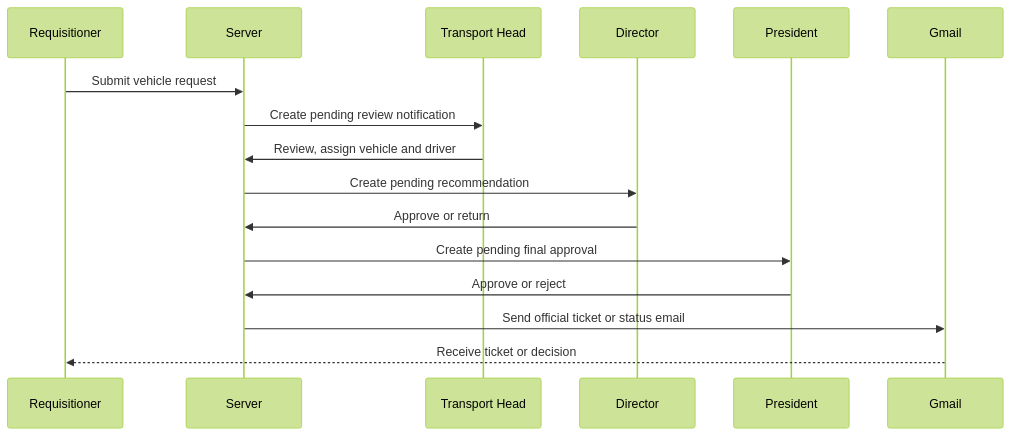
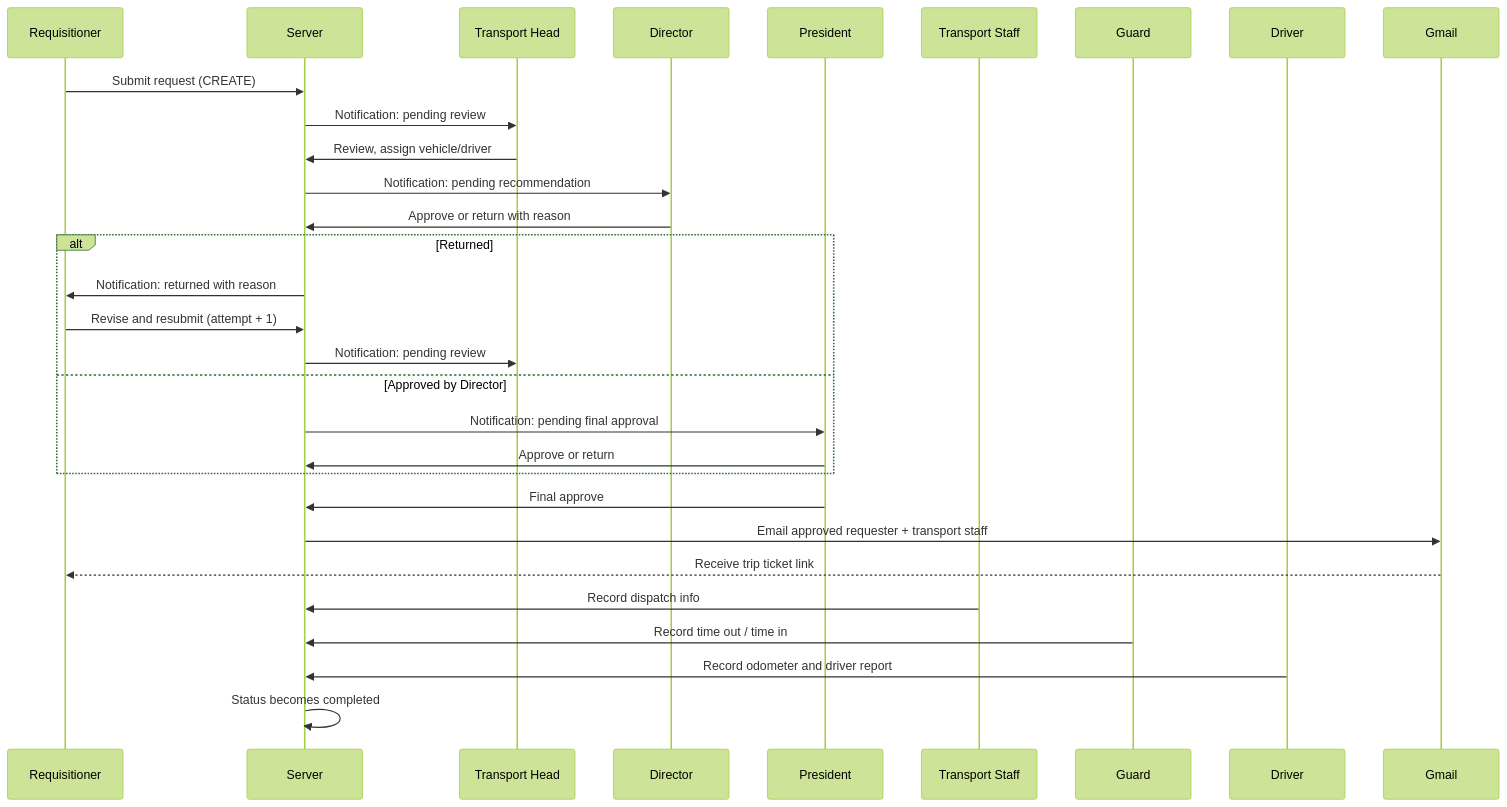
The fourth of 9 diagrams in docs/technical/architecture.mdx (Tyzon19/loahrdo-team), drawn with Mermaid (forest theme) before and after one commit. The commit also changed other lines of this file and 14 other files, not shown here.

````diff
--- a/docs/technical/architecture.mdx
+++ b/docs/technical/architecture.mdx
@@ -54,19 +119,33 @@
 ```mermaid
 sequenceDiagram
     participant R as Requisitioner
     participant S as Server
     participant T as Transport Head
     participant D as Director
     participant P as President
-    participant G as Gmail
+    participant TS as Transport Staff
+    participant G as Guard
+    participant DR as Driver
+    participant M as Gmail
 
-    R->>S: Submit vehicle request
-    S->>T: Create pending review notification
-    T->>S: Review, assign vehicle and driver
-    S->>D: Create pending recommendation
-    D->>S: Approve or return
-    S->>P: Create pending final approval
-    P->>S: Approve or reject
-    S->>G: Send official ticket or status email
-    G-->>R: Receive ticket or decision
+    R->>S: Submit request (CREATE)
+    S->>T: Notification: pending review
+    T->>S: Review, assign vehicle/driver
+    S->>D: Notification: pending recommendation
+    D->>S: Approve or return with reason
+    alt Returned
+        S->>R: Notification: returned with reason
+        R->>S: Revise and resubmit (attempt + 1)
+        S->>T: Notification: pending review
+    else Approved by Director
+        S->>P: Notification: pending final approval
+        P->>S: Approve or return
+    end
+    P->>S: Final approve
+    S->>M: Email approved requester + transport staff
+    M-->>R: Receive trip ticket link
+    TS->>S: Record dispatch info
+    G->>S: Record time out / time in
+    DR->>S: Record odometer and driver report
+    S->>S: Status becomes completed
 ```
````
